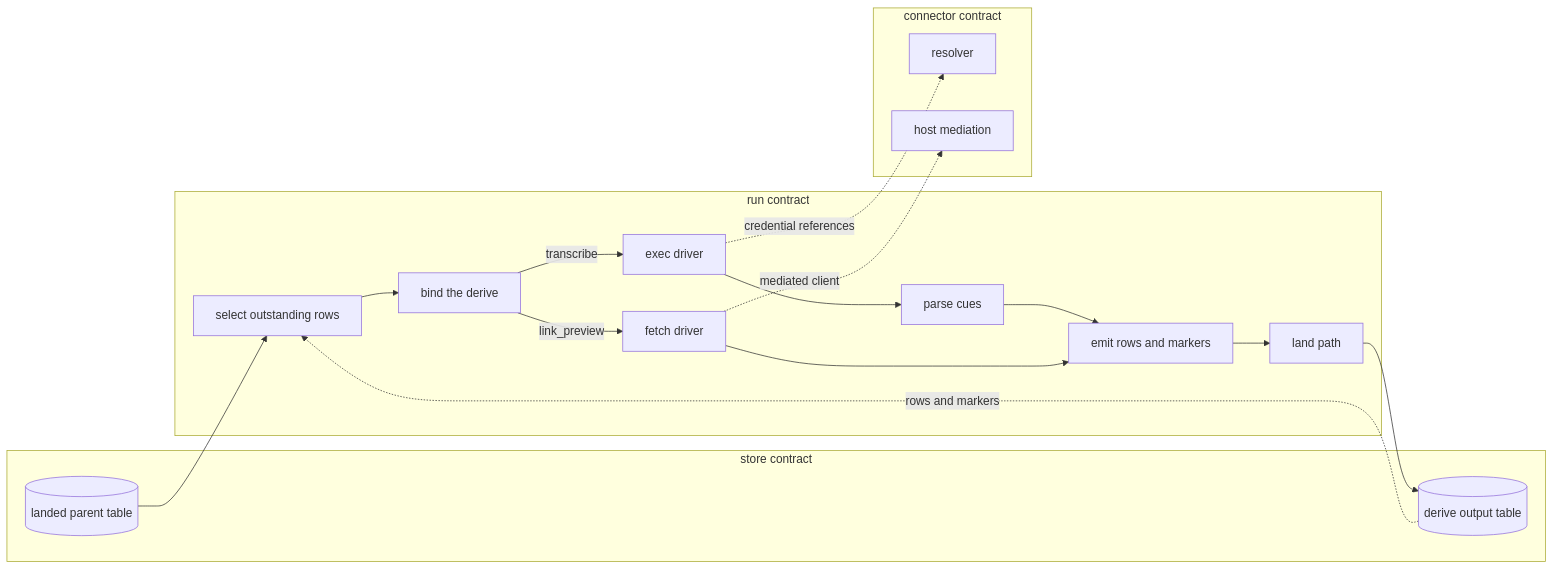
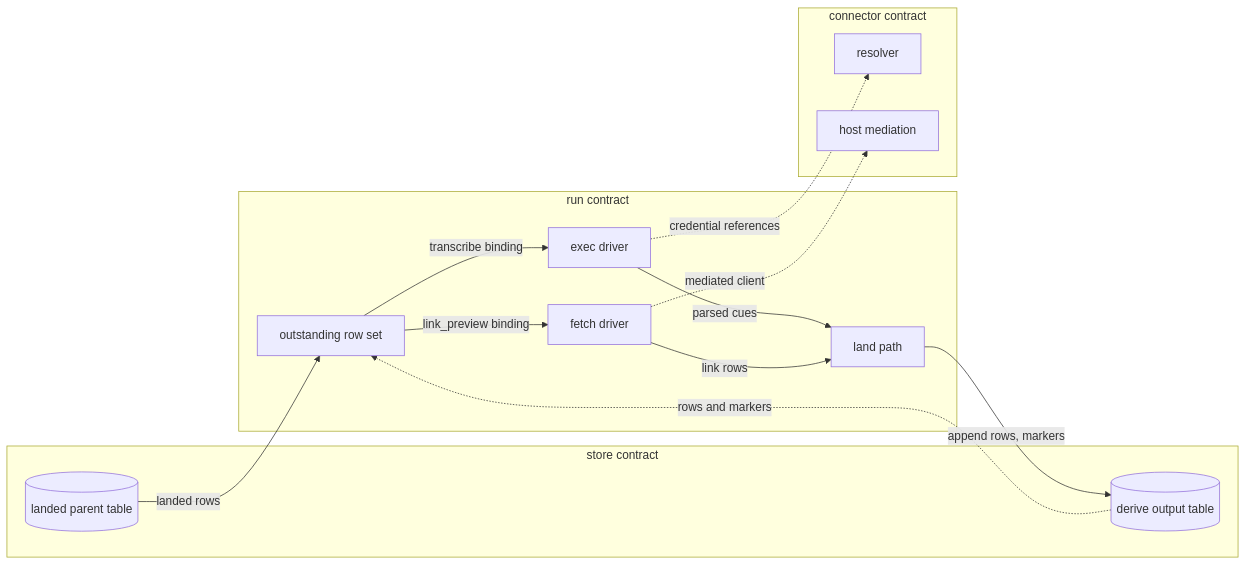
One commit to fractalboxdev/contextful changed the first of 4 diagrams in spec/32-derive.md. Above: the diagram before and after it, drawn with Mermaid. The commit also changed other lines of this file and 31 other files, not shown here.

First line of the commit message:
spec: every diagram draws things as nodes and what flows as labelled edges

````diff
--- a/spec/32-derive.md
+++ b/spec/32-derive.md
@@ -22,32 +22,26 @@
 ```mermaid
 flowchart LR
   subgraph STORE["store contract"]
     PT[("landed parent table")]
     OUT[("derive output table")]
   end
   subgraph RUNC["run contract"]
-    SEL["select outstanding rows"]
-    BIND["bind the derive"]
+    SEL["outstanding row set"]
     EXEC["exec driver"]
     FETCH["fetch driver"]
-    PC["parse cues"]
-    EMIT["emit rows and markers"]
     LAND["land path"]
   end
   subgraph CONN["connector contract"]
     RES["resolver"]
     MED["host mediation"]
   end
-  PT --> SEL
+  PT -->|"landed rows"| SEL
   OUT -.->|"rows and markers"| SEL
-  SEL --> BIND
-  BIND -->|transcribe| EXEC
-  BIND -->|link_preview| FETCH
-  EXEC --> PC
-  PC --> EMIT
-  FETCH --> EMIT
-  EMIT --> LAND
-  LAND --> OUT
+  SEL -->|"transcribe binding"| EXEC
+  SEL -->|"link_preview binding"| FETCH
+  EXEC -->|"parsed cues"| LAND
+  FETCH -->|"link rows"| LAND
+  LAND -->|"append rows, markers"| OUT
   EXEC -.->|"credential references"| RES
   FETCH -.->|"mediated client"| MED
 ```
````
